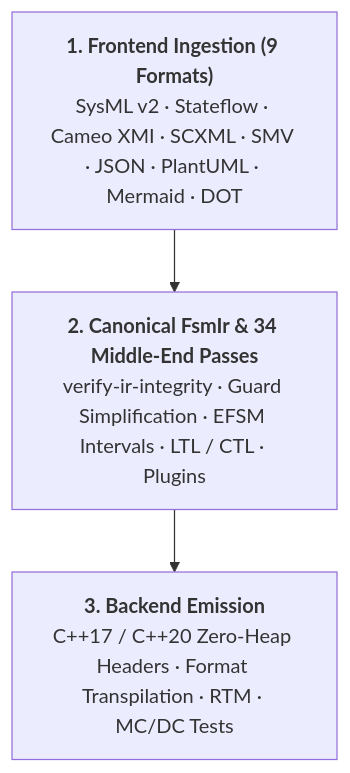
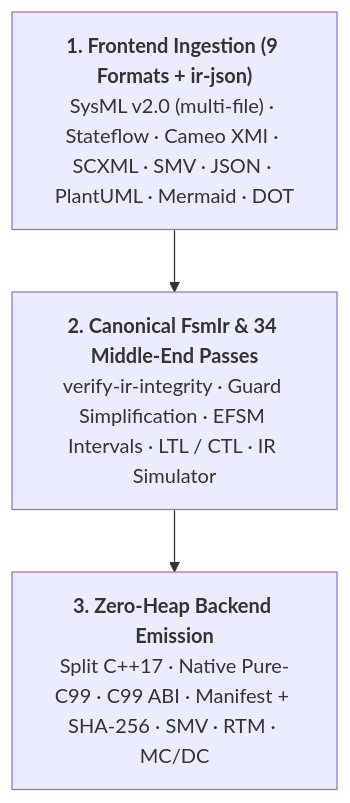
The diagram in docs/index.md (simoneCavalleri/fsmc), drawn with Mermaid before and after one commit. The commit also changed other lines of this file and 19 other files, not shown here.

````diff
--- a/docs/index.md
+++ b/docs/index.md
@@ -63,8 +63,8 @@
 ```mermaid
 flowchart TB
-    Frontend["<b>1. Frontend Ingestion (9 Formats)</b><br/>SysML v2 · Stateflow · Cameo XMI · SCXML · SMV · JSON · PlantUML · Mermaid · DOT"]
-    IR["<b>2. Canonical FsmIr & 34 Middle-End Passes</b><br/>verify-ir-integrity · Guard Simplification · EFSM Intervals · LTL / CTL · Plugins"]
-    Backend["<b>3. Backend Emission</b><br/>C++17 / C++20 Zero-Heap Headers · Format Transpilation · RTM · MC/DC Tests"]
+    Frontend["<b>1. Frontend Ingestion (9 Formats + ir-json)</b><br/>SysML v2.0 (multi-file) · Stateflow · Cameo XMI · SCXML · SMV · JSON · PlantUML · Mermaid · DOT"]
+    IR["<b>2. Canonical FsmIr & 34 Middle-End Passes</b><br/>verify-ir-integrity · Guard Simplification · EFSM Intervals · LTL / CTL · IR Simulator"]
+    Backend["<b>3. Zero-Heap Backend Emission</b><br/>Split C++17 · Native Pure-C99 · C99 ABI · Manifest + SHA-256 · SMV · RTM · MC/DC"]
 
     Frontend --> IR --> Backend
 ```
````
